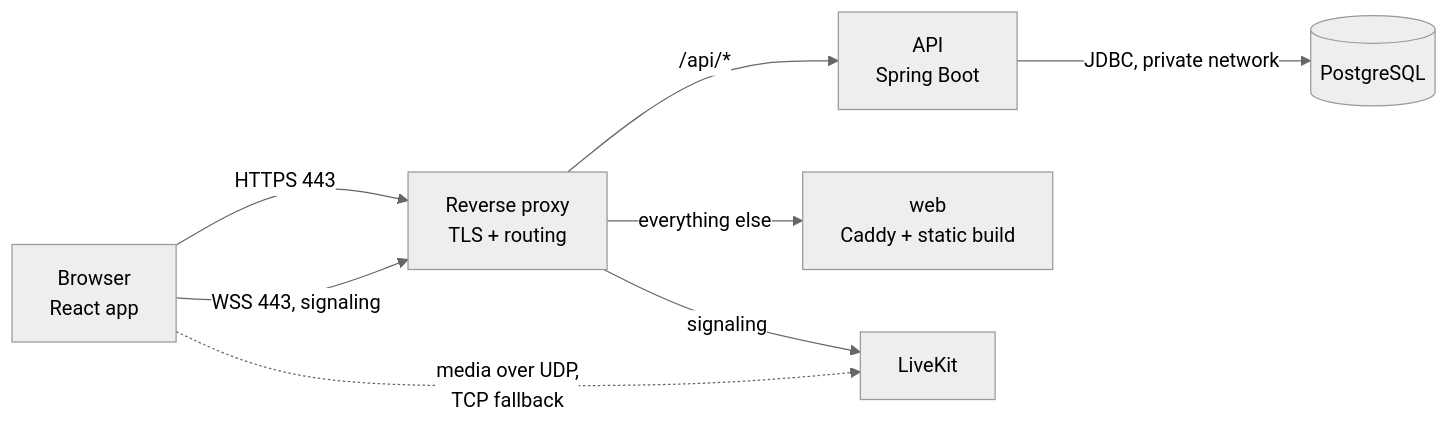
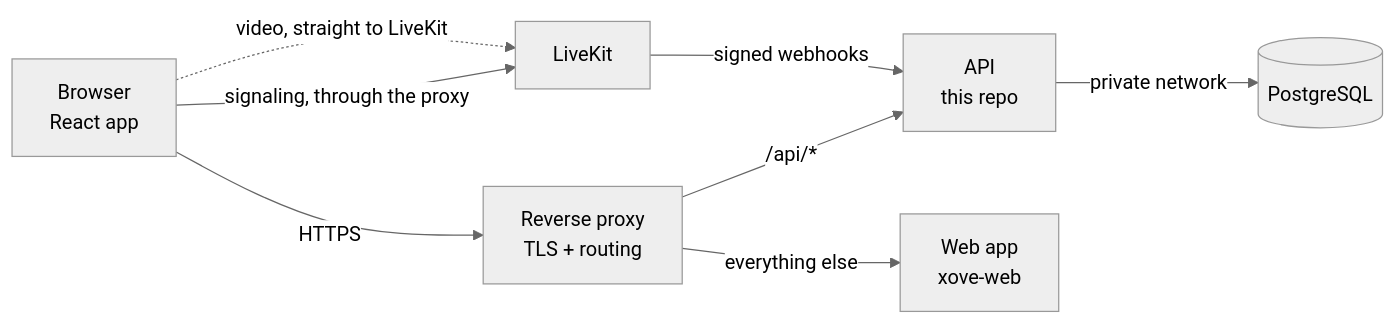
The first of 3 diagrams in docs/architecture.md (Hbrauveres/xove-api), drawn with Mermaid (neutral theme) before and after one commit. The commit also changed other lines of this file and 7 other files, not shown here.

````diff
--- a/docs/architecture.md
+++ b/docs/architecture.md
@@ -7,10 +7,10 @@
 ```mermaid
 flowchart LR
-  B[Browser<br/>React app] -->|HTTPS 443| P[Reverse proxy<br/>TLS + routing]
-  P -->|/api/*| A[API<br/>Spring Boot]
-  P -->|everything else| W[web<br/>Caddy + static build]
-  A -->|JDBC, private network| D[(PostgreSQL)]
-  B -->|WSS 443, signaling| P
-  P -->|signaling| L[LiveKit]
-  B -.->|media over UDP,<br/>TCP fallback| L
+  B[Browser<br/>React app] -->|HTTPS| P[Reverse proxy<br/>TLS + routing]
+  P -->|/api/*| A[API<br/>this repo]
+  P -->|everything else| W[Web app<br/>xove-web]
+  A -->|private network| D[(PostgreSQL)]
+  B -->|signaling, through the proxy| L[LiveKit]
+  B -.->|video, straight to LiveKit| L
+  L -->|signed webhooks| A
 ```
````
